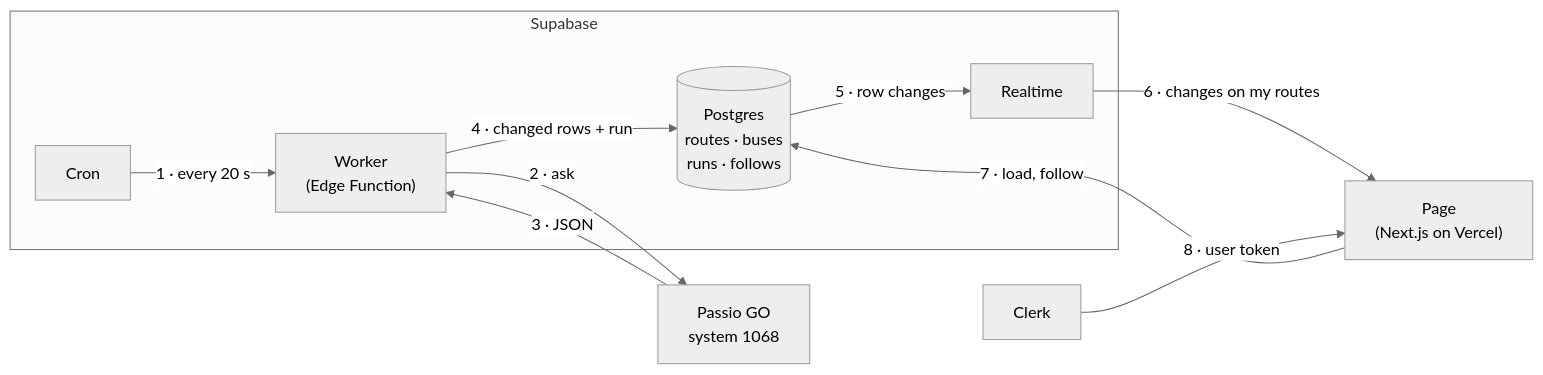
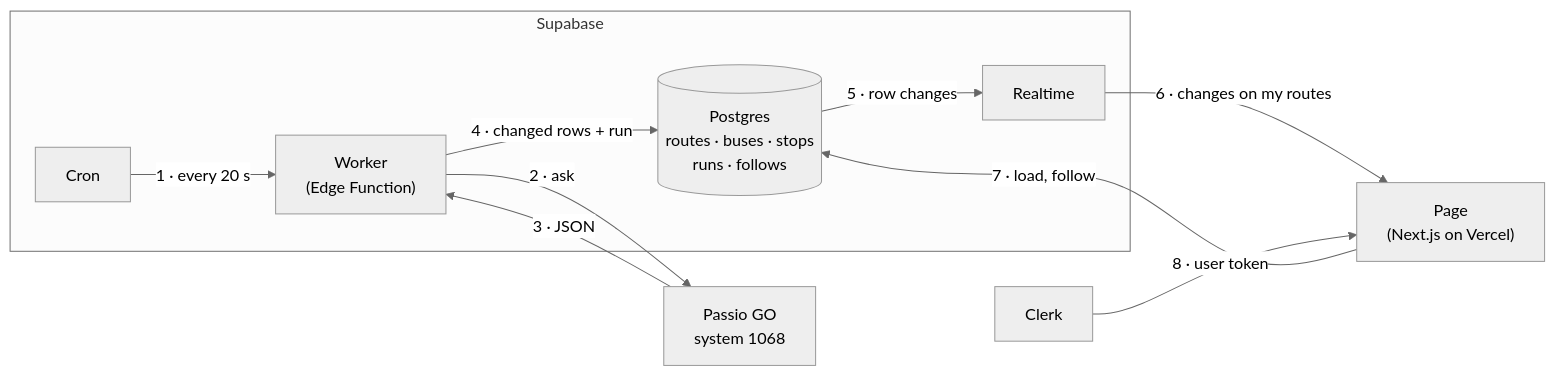
The diagram in docs/data-flow.md (quincyleung/passio-live), drawn with Mermaid (neutral theme) before and after one commit. The commit also changed other lines of this file and 11 other files, not shown here.

Commit message:
Show stops on followed routes: hourly worker fetch, stops table, map circles

````diff
--- a/docs/data-flow.md
+++ b/docs/data-flow.md
@@ -5,21 +5,21 @@
 ```mermaid
 flowchart LR
   subgraph supabase["Supabase"]
     cron["Cron"]
     worker["Worker<br/>(Edge Function)"]
-    db[("Postgres<br/>routes · buses<br/>runs · follows")]
+    db[("Postgres<br/>routes · buses · stops<br/>runs · follows")]
     rt["Realtime"]
   end
   passio["Passio GO<br/>system 1068"]
   page["Page<br/>(Next.js on Vercel)"]
   clerk["Clerk"]
 
   cron -->|"1 · every 20 s"| worker
   worker -->|"2 · ask"| passio
   passio -->|"3 · JSON"| worker
   worker -->|"4 · changed rows + run"| db
   db -->|"5 · row changes"| rt
   rt -->|"6 · changes on my routes"| page
   page -->|"7 · load, follow"| db
   clerk -->|"8 · user token"| page
 ```
````
